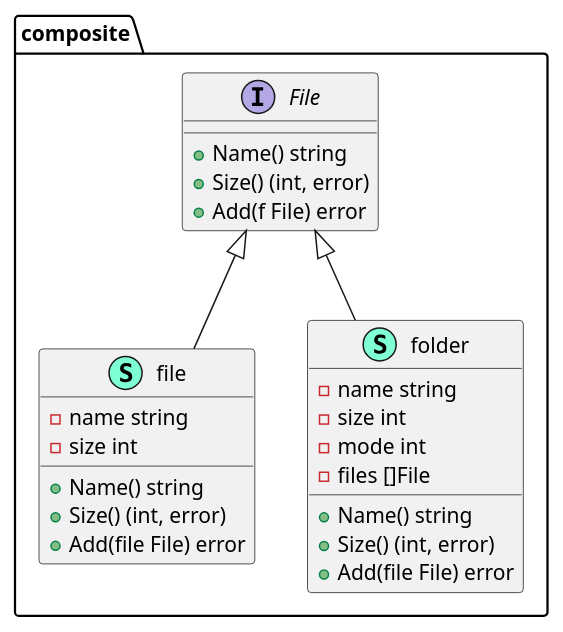
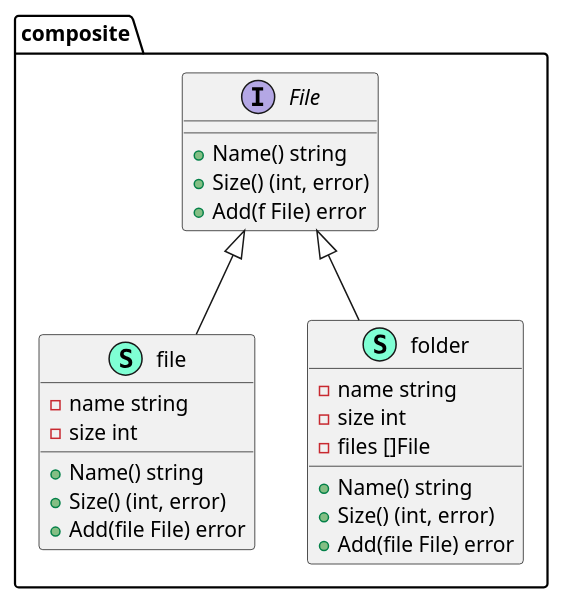
The diagram in structural/3_composite/file.puml (hitzhangjie/go-patterns), drawn with PlantUML before and after one commit. The commit also changed 1 other file, not shown here.

```diff
--- a/structural/3_composite/file.puml
+++ b/structural/3_composite/file.puml
@@ -1,34 +1,33 @@
 @startuml
 namespace composite {
     interface File  {
         + Name() string
         + Size() (int, error)
         + Add(f File) error
 
     }
     class file << (S,Aquamarine) >> {
         - name string
         - size int
 
         + Name() string
         + Size() (int, error)
         + Add(file File) error
 
     }
     class folder << (S,Aquamarine) >> {
         - name string
         - size int
-        - mode int
         - files []File
 
         + Name() string
         + Size() (int, error)
         + Add(file File) error
 
     }
 }
 
 "composite.File" <|-- "composite.file"
 "composite.File" <|-- "composite.folder"
 
 @enduml
```
